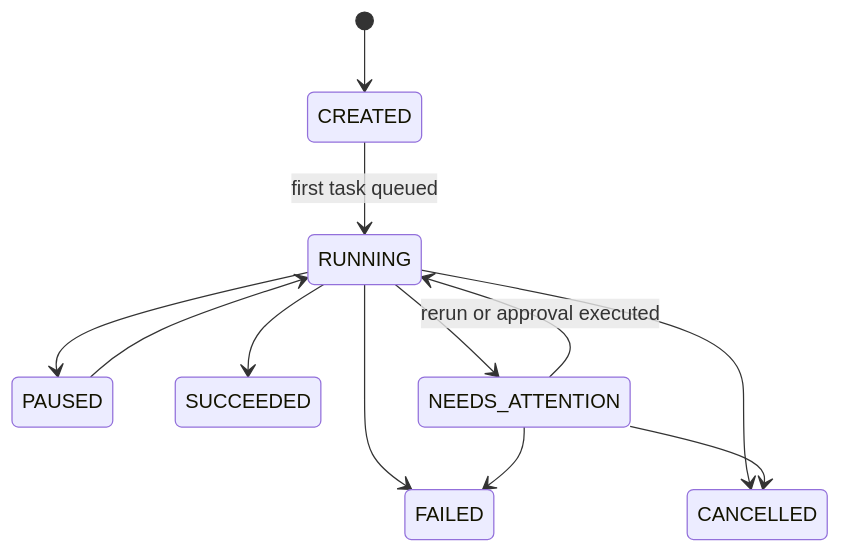
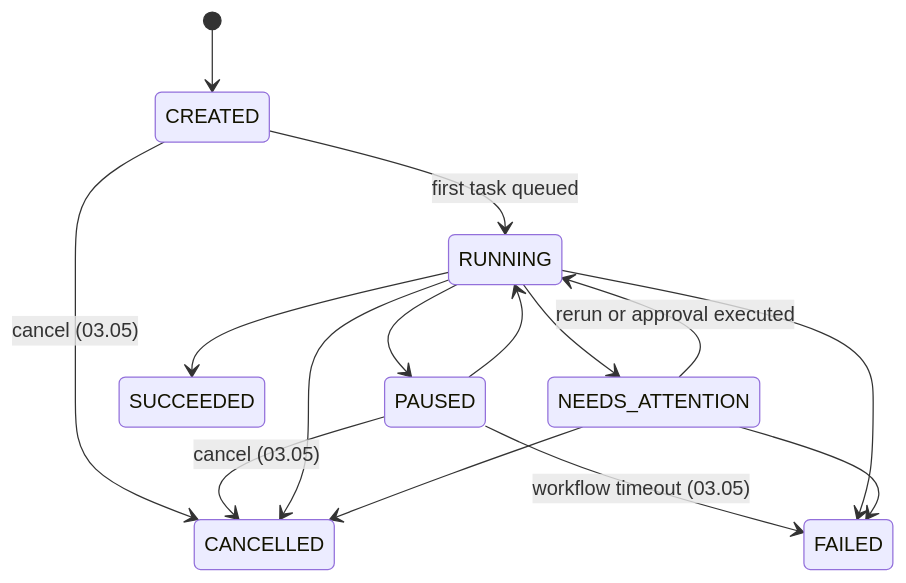
Before and after one commit to daishakpatel/FlowForge: the third of 3 diagrams in docs/architecture/workflow-semantics.md, drawn with Mermaid. The commit also changed other lines of this file and 3 other files, not shown here.

First line of the commit message:
feat(03.05): add run transitions for cancel and timeout while paused

````diff
--- a/docs/architecture/workflow-semantics.md
+++ b/docs/architecture/workflow-semantics.md
@@ -99,14 +99,17 @@
 ```mermaid
 stateDiagram-v2
   [*] --> CREATED
   CREATED --> RUNNING: first task queued
   RUNNING --> PAUSED
   PAUSED --> RUNNING
+  CREATED --> CANCELLED: cancel (03.05)
+  PAUSED --> CANCELLED: cancel (03.05)
+  PAUSED --> FAILED: workflow timeout (03.05)
   RUNNING --> SUCCEEDED
   RUNNING --> FAILED
   RUNNING --> CANCELLED
   RUNNING --> NEEDS_ATTENTION
   NEEDS_ATTENTION --> RUNNING: rerun or approval executed
   NEEDS_ATTENTION --> FAILED
   NEEDS_ATTENTION --> CANCELLED
 ```
````
